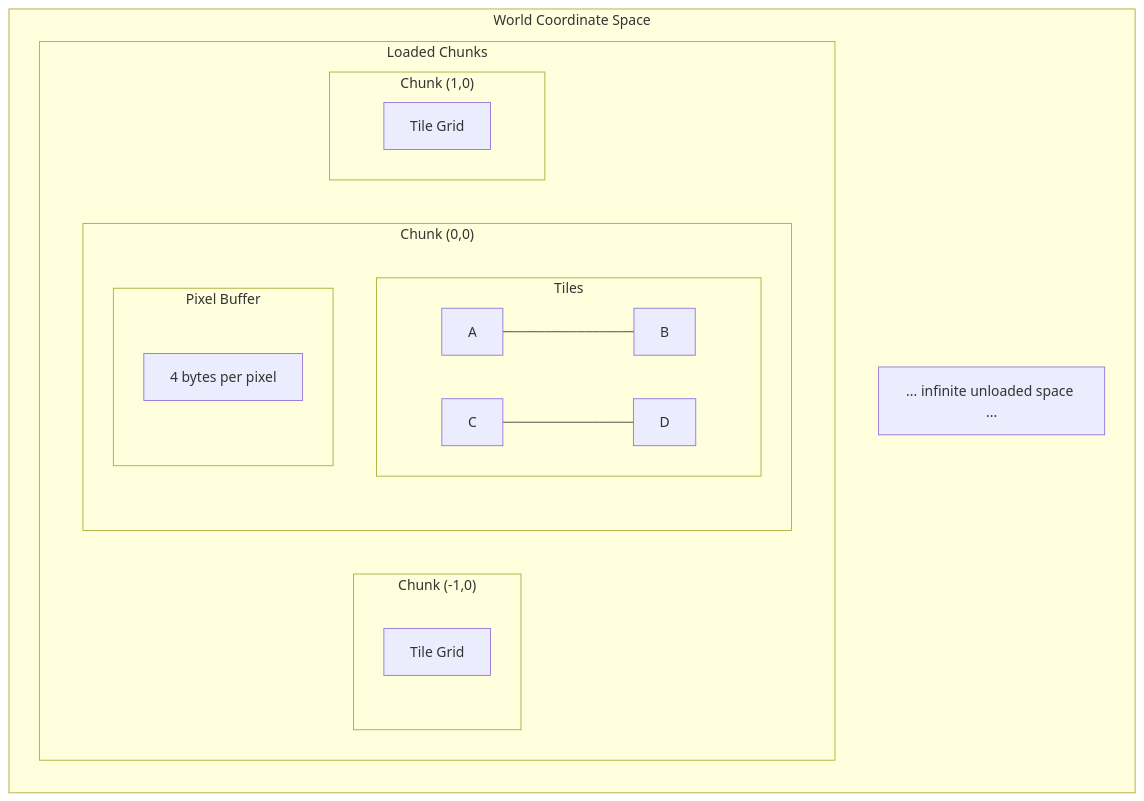
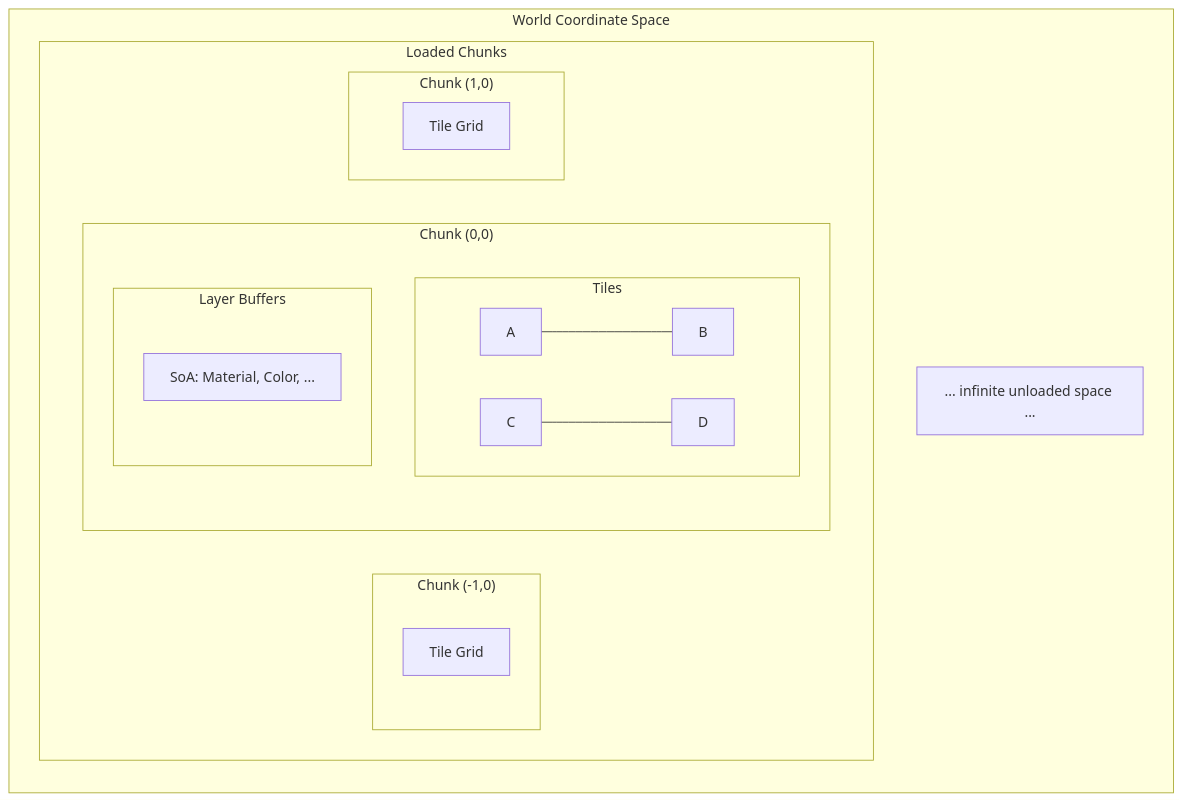
One commit to api-haus/bevy_pixel_world changed the fourth of 4 diagrams in docs/arhitecture/foundational/spatial-hierarchy.md. Above: the diagram before and after it, drawn with Mermaid. The commit also changed other lines of this file and 11 other files, not shown here.

First line of the commit message:
docs: add layer storage architecture and refine modularity docs

````diff
--- a/docs/arhitecture/foundational/spatial-hierarchy.md
+++ b/docs/arhitecture/foundational/spatial-hierarchy.md
@@ -152,32 +154,32 @@
 ```mermaid
 flowchart TB
     subgraph World["World Coordinate Space"]
         direction TB
 
         subgraph ChunkGrid["Loaded Chunks"]
             direction LR
 
             subgraph C1["Chunk (-1,0)"]
                 T1["Tile Grid"]
             end
 
             subgraph C2["Chunk (0,0)"]
                 direction TB
                 subgraph TileGrid["Tiles"]
                     direction LR
                     TA["A"] --- TB["B"]
                     TC["C"] --- TD["D"]
                 end
-                subgraph Pixels["Pixel Buffer"]
-                    P["4 bytes per pixel"]
+                subgraph Pixels["Layer Buffers"]
+                    P["SoA: Material, Color, ..."]
                 end
             end
 
             subgraph C3["Chunk (1,0)"]
                 T3["Tile Grid"]
             end
         end
 
         Unloaded["... infinite unloaded space ..."]
     end
 ```
````
